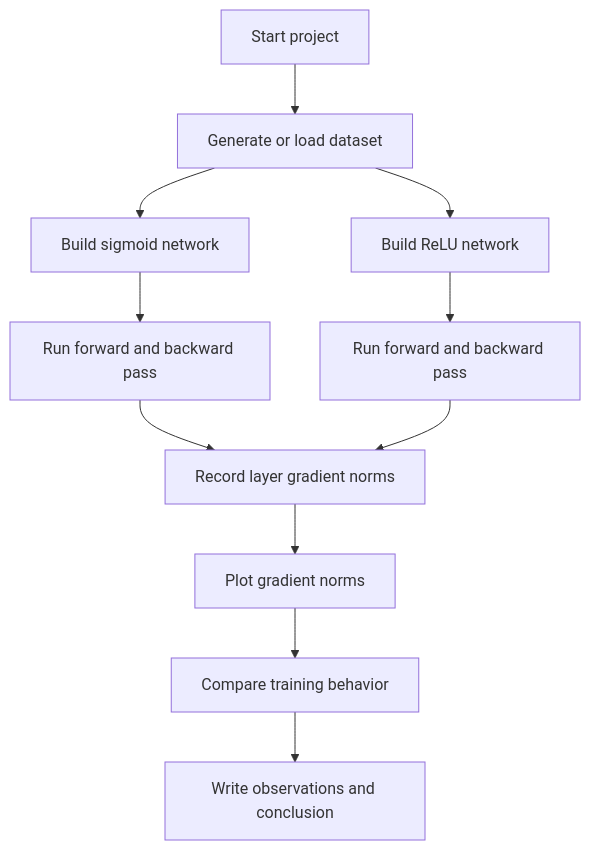
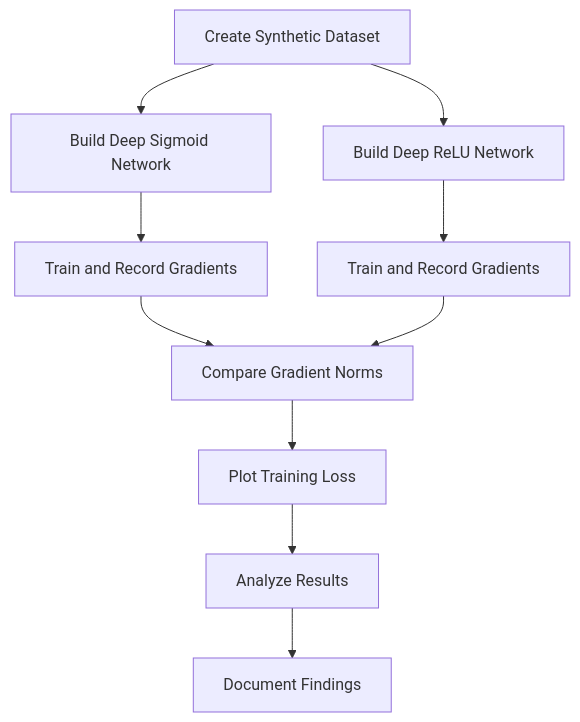
The ninth of 10 diagrams in 07_Vanishing Gradient Problem in ANN/README.md (swapnil3104/deep-learning-journey), drawn with Mermaid before and after one commit. The commit also changed other lines of this file and 1 other file, not shown here.

Commit message:
Update 07_Vanishing Gradient Problem in ANN/README.md

````diff
--- a/07_Vanishing Gradient Problem in ANN/README.md
+++ b/07_Vanishing Gradient Problem in ANN/README.md
@@ -1558,13 +1502,12 @@
 ``` mermaid
 flowchart TD
-    A[Start project] --> B[Generate or load dataset]
-    B --> C[Build sigmoid network]
-    B --> D[Build ReLU network]
-    C --> E[Run forward and backward pass]
-    D --> F[Run forward and backward pass]
-    E --> G[Record layer gradient norms]
-    F --> G
-    G --> H[Plot gradient norms]
-    H --> I[Compare training behavior]
-    I --> J[Write observations and conclusion]
+    A["Create Synthetic Dataset"] --> B["Build Deep Sigmoid Network"]
+    A --> C["Build Deep ReLU Network"]
+    B --> D["Train and Record Gradients"]
+    C --> E["Train and Record Gradients"]
+    D --> F["Compare Gradient Norms"]
+    E --> F
+    F --> G["Plot Training Loss"]
+    G --> H["Analyze Results"]
+    H --> I["Document Findings"]
 ```
````
